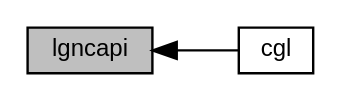
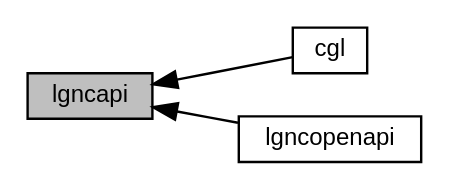
Before and after one commit to webosbrew/tv-native-apis: the diagram in d0/d16/group__lgncapi.dot, drawn with Graphviz. The commit also changed 40 other files, not shown here.

```diff
--- a/d0/d16/group__lgncapi.dot
+++ b/d0/d16/group__lgncapi.dot
@@ -1,9 +1,11 @@
 digraph "lgncapi"
 {
   edge [fontname="Helvetica",fontsize="10",labelfontname="Helvetica",labelfontsize="10"];
   node [fontname="Helvetica",fontsize="10",shape=box];
   rankdir=LR;
   Node1 [label="lgncapi",height=0.2,width=0.4,color="black", fillcolor="grey75", style="filled", fontcolor="black",tooltip="LGNC Open API for legacy platforms."];
   Node2 [label="cgl",height=0.2,width=0.4,color="black", fillcolor="white", style="filled",URL="$d7/d7a/group__cgl.html",tooltip="Game and multimedia API."];
+  Node3 [label="lgncopenapi",height=0.2,width=0.4,color="black", fillcolor="white", style="filled",URL="$d1/d60/group__lgncopenapi.html",tooltip="LGNC Open API for legacy platforms."];
   Node1->Node2 [shape=plaintext, dir="back", style="solid"];
+  Node1->Node3 [shape=plaintext, dir="back", style="solid"];
 }
```
